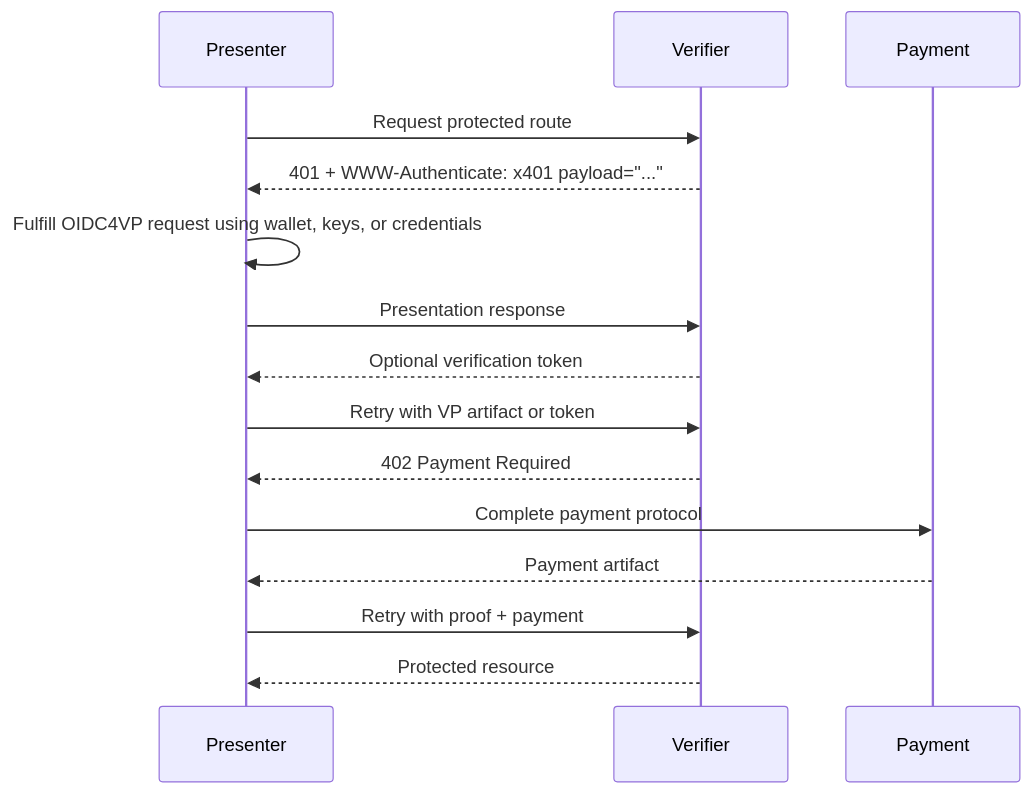
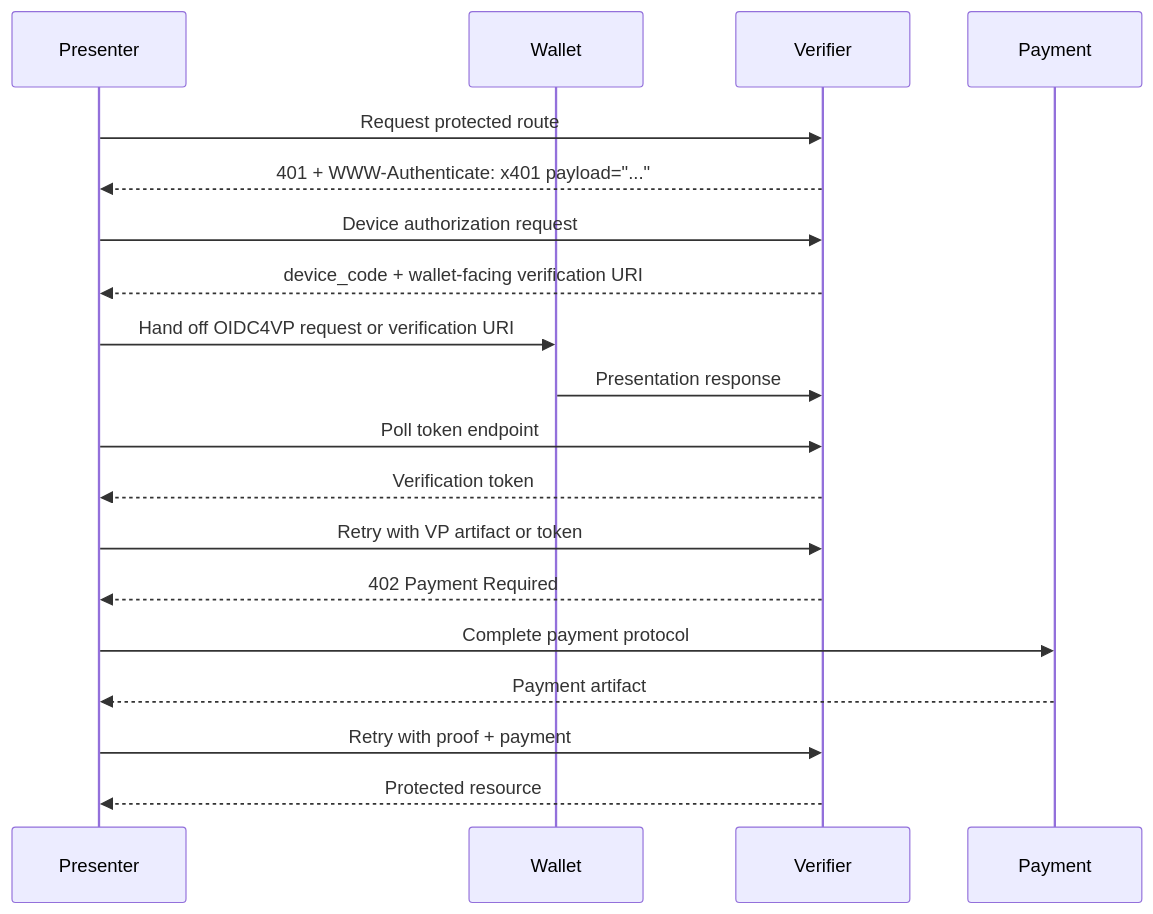
One commit to csuwildcat/P401 changed the second of 2 diagrams in spec.md. Above: the diagram before and after it, drawn with Mermaid. The commit also changed other lines of this file, not shown here.

Commit message:
Add state-bound device polling flow

````diff
--- a/spec.md
+++ b/spec.md
@@ -210,17 +240,21 @@
 ```mermaid
 sequenceDiagram
     participant Presenter
+    participant Wallet
     participant Verifier
     participant Payment
     Presenter->>Verifier: Request protected route
     Verifier-->>Presenter: 401 + WWW-Authenticate: x401 payload="..."
-    Presenter->>Presenter: Fulfill OIDC4VP request using wallet, keys, or credentials
-    Presenter->>Verifier: Presentation response
-    Verifier-->>Presenter: Optional verification token
+    Presenter->>Verifier: Device authorization request
+    Verifier-->>Presenter: device_code + wallet-facing verification URI
+    Presenter->>Wallet: Hand off OIDC4VP request or verification URI
+    Wallet->>Verifier: Presentation response
+    Presenter->>Verifier: Poll token endpoint
+    Verifier-->>Presenter: Verification token
     Presenter->>Verifier: Retry with VP artifact or token
     Verifier-->>Presenter: 402 Payment Required
     Presenter->>Payment: Complete payment protocol
     Payment-->>Presenter: Payment artifact
     Presenter->>Verifier: Retry with proof + payment
     Verifier-->>Presenter: Protected resource
 ```
````
